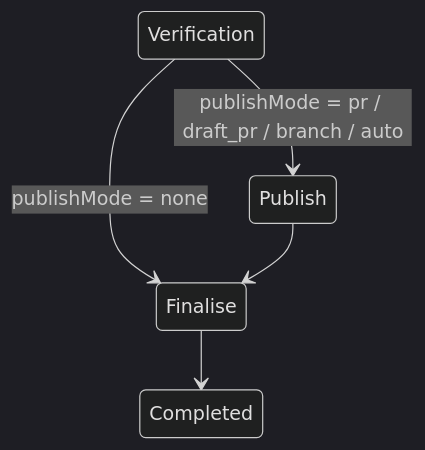
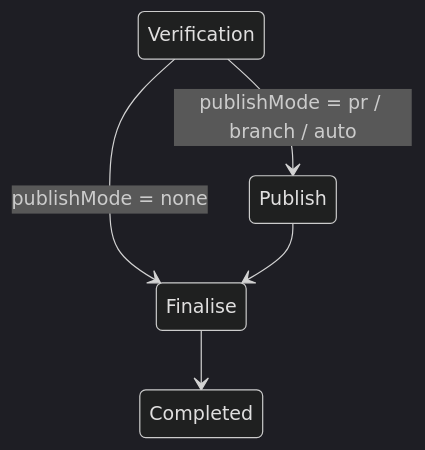
One commit to CyanAutomation/kaseki-agent changed the fourth of 7 diagrams in docs/KASEKI-AGENT-LIFECYCLE-DIAGRAMS.md. Above: the diagram before and after it, drawn with Mermaid (dark theme). The commit also changed other lines of this file and 36 other files, not shown here.

Commit message:
Remove draft PR mode and improve validation guidance

````diff
--- a/docs/KASEKI-AGENT-LIFECYCLE-DIAGRAMS.md
+++ b/docs/KASEKI-AGENT-LIFECYCLE-DIAGRAMS.md
@@ -175,7 +175,7 @@
 ```mermaid
 stateDiagram-v2
-    Verification --> Publish: publishMode = pr / draft_pr / branch / auto
+    Verification --> Publish: publishMode = pr / branch / auto
     Verification --> Finalise: publishMode = none
     Publish --> Finalise
     Finalise --> Completed
 ```
````
